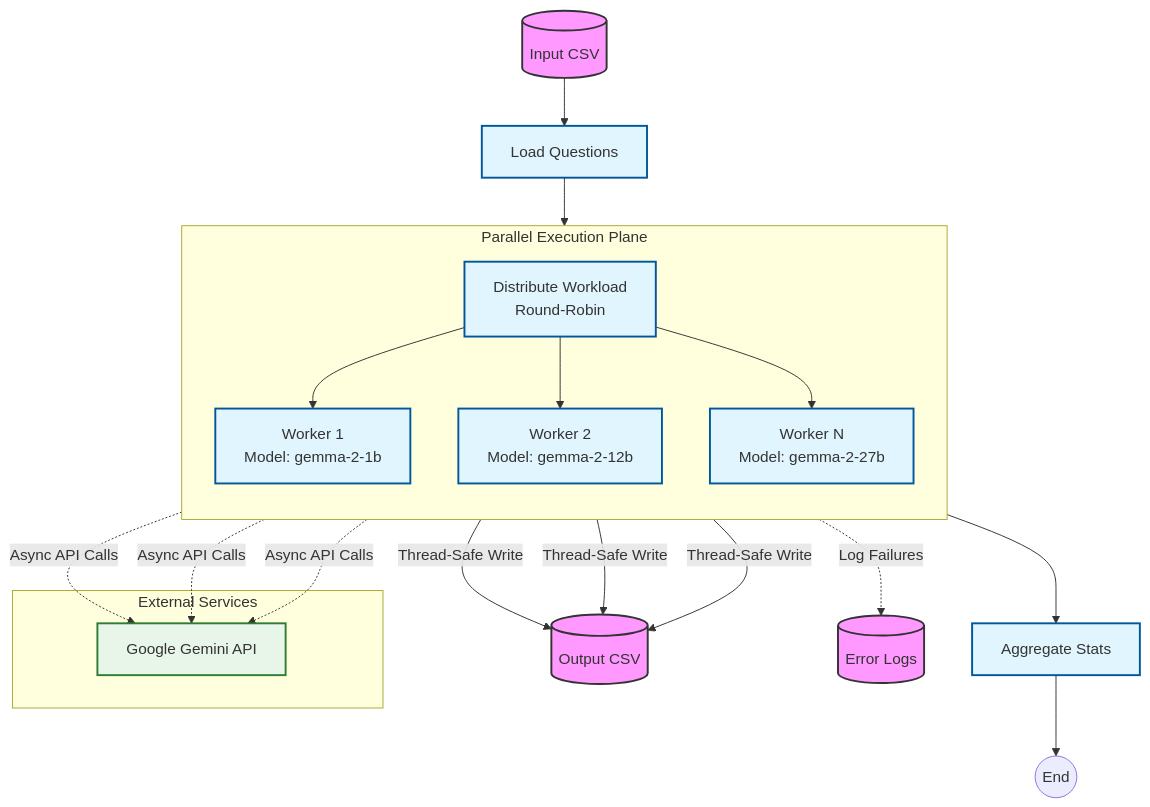
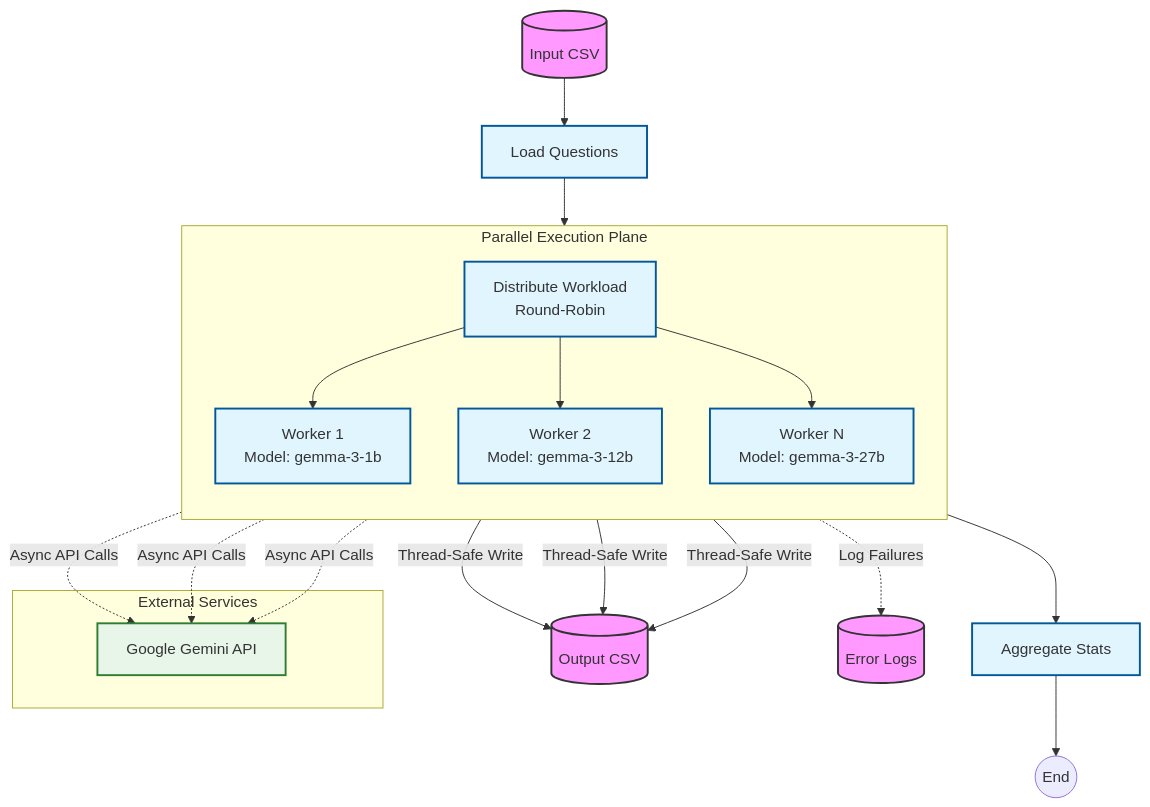
One commit to aayushdw/PrivacyAwareSemanticCache changed the first of 2 diagrams in data/synthetic_data_generator/README.md. Above: the diagram before and after it, drawn with Mermaid. The commit also changed 9 other files, not shown here.

````diff
--- a/data/synthetic_data_generator/README.md
+++ b/data/synthetic_data_generator/README.md
@@ -24,31 +24,31 @@
 ```mermaid
 graph TD
     classDef storage fill:#f9f,stroke:#333,stroke-width:2px;
     classDef process fill:#e1f5fe,stroke:#01579b,stroke-width:2px;
     classDef external fill:#e8f5e9,stroke:#2e7d32,stroke-width:2px;
 
     InputFile[(Input CSV)]:::storage --> Load[Load Questions]:::process
     Load --> Distribute[Distribute Workload<br/>Round-Robin]:::process
     
     subgraph ExecutionPlane [Parallel Execution Plane]
         direction TB
-        Distribute --> W1[Worker 1<br/>Model: gemma-2-1b]:::process
-        Distribute --> W2[Worker 2<br/>Model: gemma-2-12b]:::process
-        Distribute --> WN[Worker N<br/>Model: gemma-2-27b]:::process
+        Distribute --> W1[Worker 1<br/>Model: gemma-3-1b]:::process
+        Distribute --> W2[Worker 2<br/>Model: gemma-3-12b]:::process
+        Distribute --> WN[Worker N<br/>Model: gemma-3-27b]:::process
     end
 
     subgraph ExternalServices [External Services]
         W1 -.->|Async API Calls| Gemini[Google Gemini API]:::external
         W2 -.->|Async API Calls| Gemini
         WN -.->|Async API Calls| Gemini
     end
 
     W1 -->|Thread-Safe Write| Output[(Output CSV)]:::storage
     W2 -->|Thread-Safe Write| Output
     WN -->|Thread-Safe Write| Output
 
     W1 -.->|Log Failures| ErrorLogs[(Error Logs)]:::storage
     
     ExecutionPlane --> Aggregate[Aggregate Stats]:::process
     Aggregate --> End((End))
 ```
````
